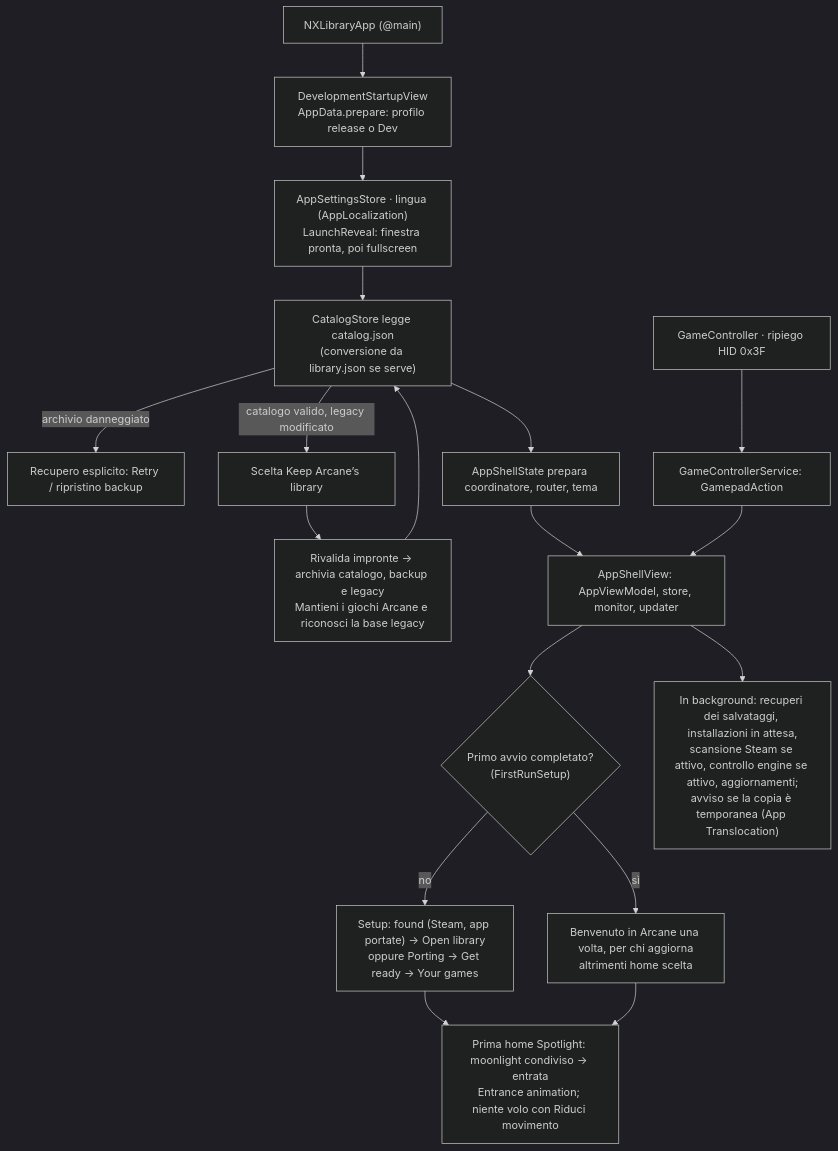
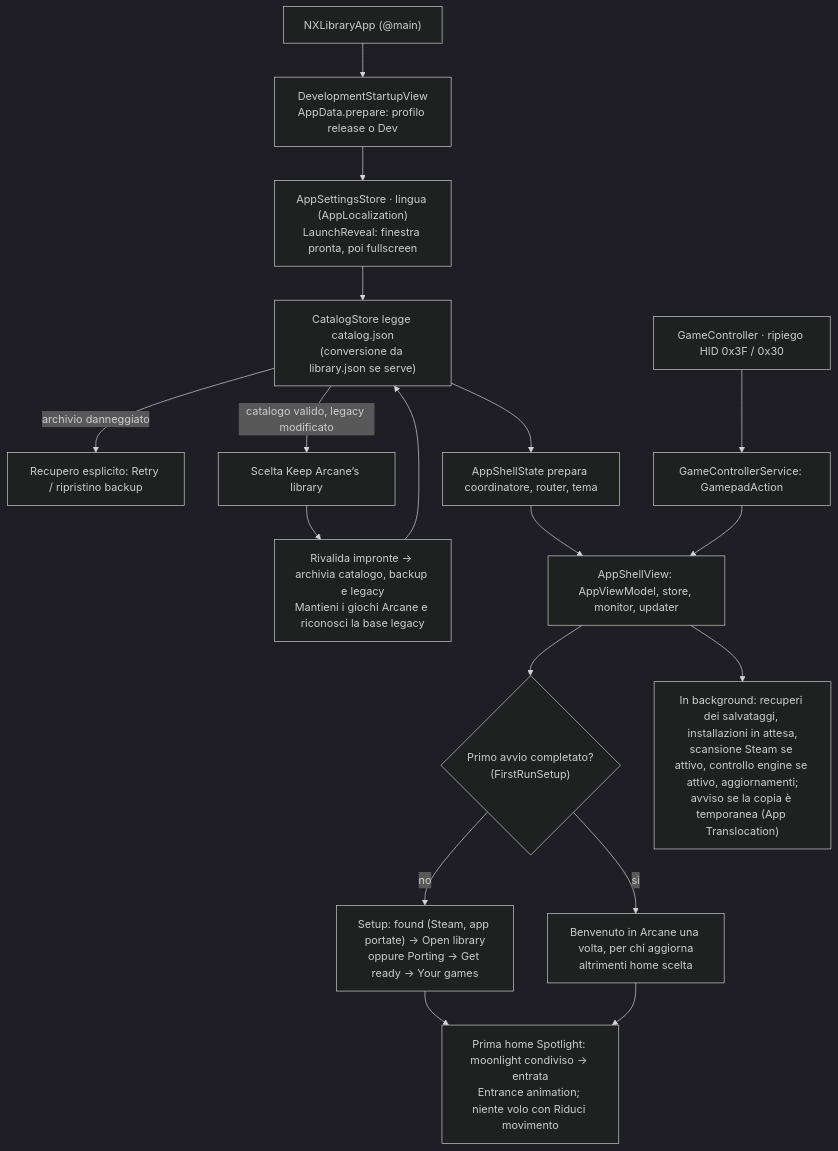
Before and after one commit to sofianbll/NxLibrary: the first of 9 diagrams in docs/how-it-works/flows.md, drawn with Mermaid (dark theme). The commit also changed 7 other files, not shown here.

````diff
--- a/docs/how-it-works/flows.md
+++ b/docs/how-it-works/flows.md
@@ -17,20 +17,20 @@
 ```mermaid
 flowchart TD
     A["NXLibraryApp (@main)"] --> B["DevelopmentStartupView<br/>AppData.prepare: profilo release o Dev"]
     B --> C["AppSettingsStore · lingua (AppLocalization)<br/>LaunchReveal: finestra pronta, poi fullscreen"]
     C --> D["CatalogStore legge catalog.json<br/>(conversione da library.json se serve)"]
     D -->|"archivio danneggiato"| R["Recupero esplicito: Retry / ripristino backup"]
     D -->|"catalogo valido, legacy modificato"| L["Scelta Keep Arcane’s library"]
     L --> LA["Rivalida impronte → archivia catalogo, backup e legacy<br/>Mantieni i giochi Arcane e riconosci la base legacy"]
     LA --> D
     D --> E["AppShellState prepara coordinatore, router, tema"]
     E --> F["AppShellView: AppViewModel, store, monitor, updater"]
     F --> G{"Primo avvio completato?<br/>(FirstRunSetup)"}
     G -->|"no"| H["Setup: found (Steam, app portate) → Open library<br/>oppure Porting → Get ready → Your games"]
     G -->|"sì"| I["Benvenuto in Arcane una volta, per chi aggiorna<br/>altrimenti home scelta"]
     H --> K["Prima home Spotlight: moonlight condiviso → entrata<br/>Entrance animation; niente volo con Riduci movimento"]
     I --> K
     F --> J["In background: recuperi dei salvataggi, installazioni in attesa,<br/>scansione Steam se attivo, controllo engine se attivo, aggiornamenti;<br/>avviso se la copia è temporanea (App Translocation)"]
-    P["GameController · ripiego HID 0x3F"] --> Q["GameControllerService: GamepadAction"]
+    P["GameController · ripiego HID 0x3F / 0x30"] --> Q["GameControllerService: GamepadAction"]
     Q --> F
 ```
````
